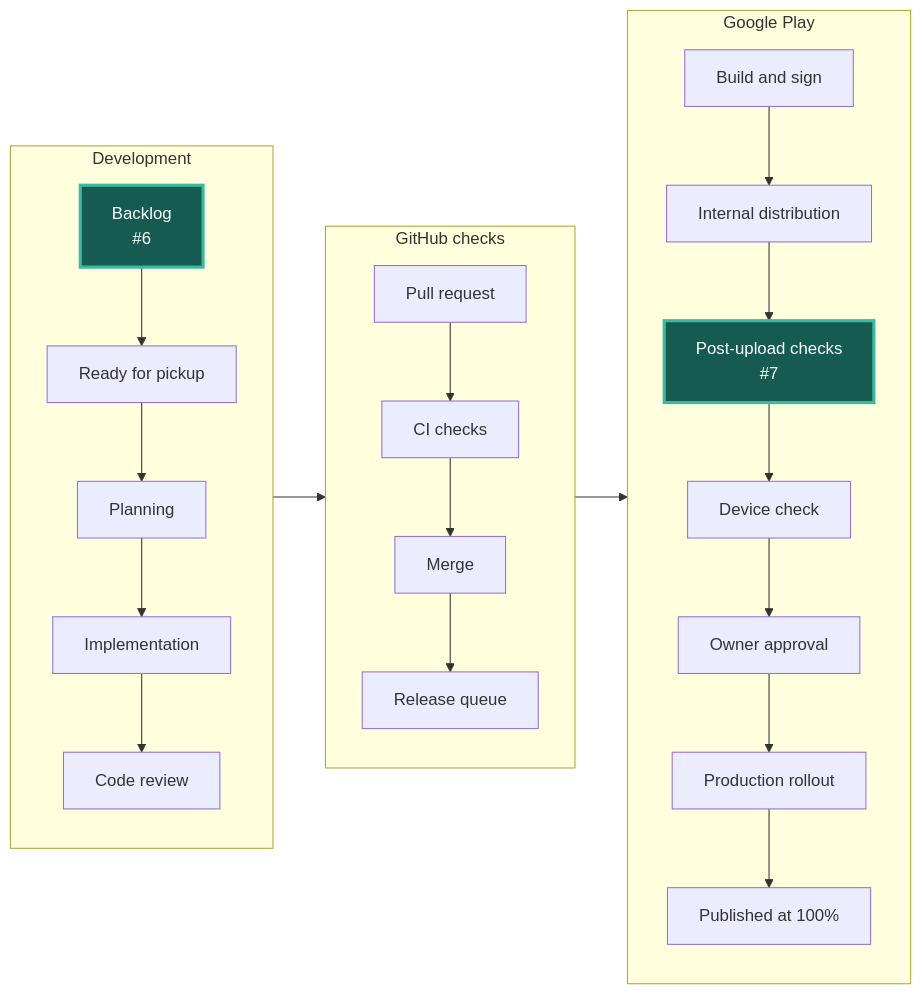
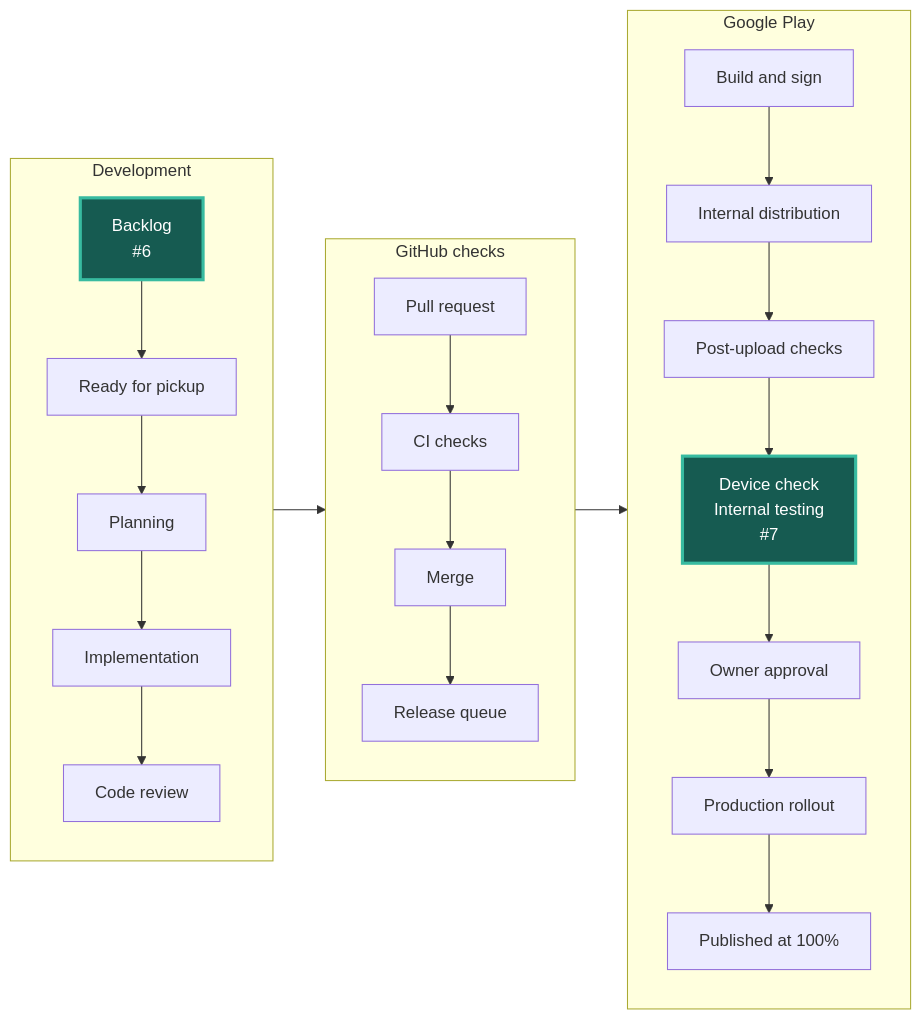
The diagram in STATUS.md (Oziomajnr/ChessTournamentManager), drawn with Mermaid before and after one commit. The commit also changed other lines of this file and 1 other file, not shown here.

Commit message:
Refresh issue delivery graph

````diff
--- a/STATUS.md
+++ b/STATUS.md
@@ -5,35 +5,35 @@
 ```mermaid
 flowchart LR
     accTitle: Current issue positions in the delivery workflow
     accDescr: Development flows into GitHub checks and Google Play. Each issue number appears at its current step.
     subgraph development["Development"]
         direction TB
         backlog["Backlog<br/>#6"]:::occupied
         ready["Ready for pickup"]
         plan["Planning"]
         code["Implementation"]
         review["Code review"]
         backlog --> ready --> plan --> code --> review
     end
     subgraph integration["GitHub checks"]
         direction TB
         pull["Pull request"]
         ci["CI checks"]
         merge["Merge"]
         queue["Release queue"]
         pull --> ci --> merge --> queue
     end
     subgraph distribution["Google Play"]
         direction TB
         build["Build and sign"]
         internal["Internal distribution"]
-        reports["Post-upload checks<br/>#7"]:::occupied
-        device["Device check"]
+        reports["Post-upload checks"]
+        device["Device check<br/>Internal testing<br/>#7"]:::occupied
         approval["Owner approval"]
         rollout["Production rollout"]
         published["Published at 100%"]
         build --> internal --> reports --> device --> approval --> rollout --> published
     end
     development --> integration --> distribution
     classDef occupied fill:#165b51,color:#ffffff,stroke:#38bba0,stroke-width:3px
 ```
````
